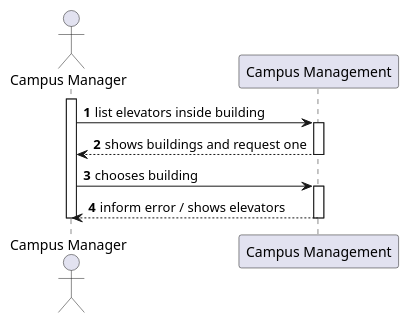
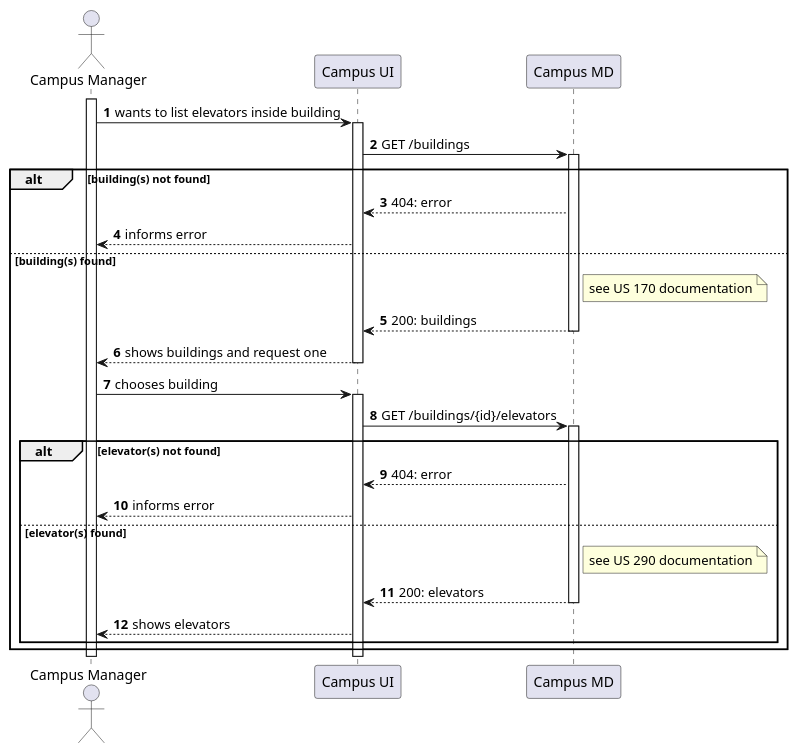
One commit to Departamento-de-Engenharia-Informatica/lapr5-23-24-g19 changed the diagram in docs/us1140/level2/process-view.puml. Above: the diagram before and after it, drawn with PlantUML. The commit also changed 13 other files, not shown here.

```diff
--- a/docs/us1140/level2/process-view.puml
+++ b/docs/us1140/level2/process-view.puml
@@ -1,22 +1,47 @@
 @startuml
 autonumber
 
 actor "Campus Manager" as usr
 
-participant "Campus Management" as mng
+participant "Campus UI" as ui
+participant "Campus MD" as md
 
 activate usr
-    usr -> mng : list elevators inside building
-    activate mng
-        mng --> usr : shows buildings and request one
-    deactivate mng
+    usr -> ui : wants to list elevators inside building
+    activate ui
+        ui -> md : GET /buildings
+        activate md
 
-    usr -> mng : chooses building
-    activate mng
-        mng --> usr: inform error / shows elevators
+        alt building(s) not found
+                md --> ui : 404: error
+                ui --> usr : informs error
+        else building(s) found
+                note right of md : see US 170 documentation
+                md --> ui : 200: buildings
+                 deactivate md
+                 ui --> usr : shows buildings and request one
+    deactivate ui
 
-    deactivate mng
 
+    usr -> ui : chooses building
+    activate ui
+        ui -> md : GET /buildings/{id}/elevators
+        activate md
+
+        alt elevator(s) not found
+            md --> ui : 404: error
+            ui --> usr : informs error
+        else elevator(s) found
+
+            note right of md : see US 290 documentation
+            md --> ui : 200: elevators
+        deactivate md
+
+        ui --> usr : shows elevators
+
+        end
+    end
+    deactivate ui
 deactivate usr
 
 @enduml
```
